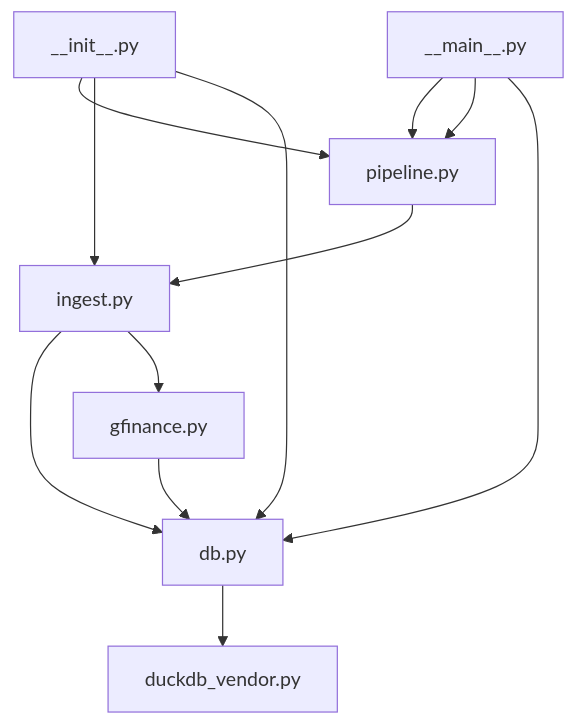
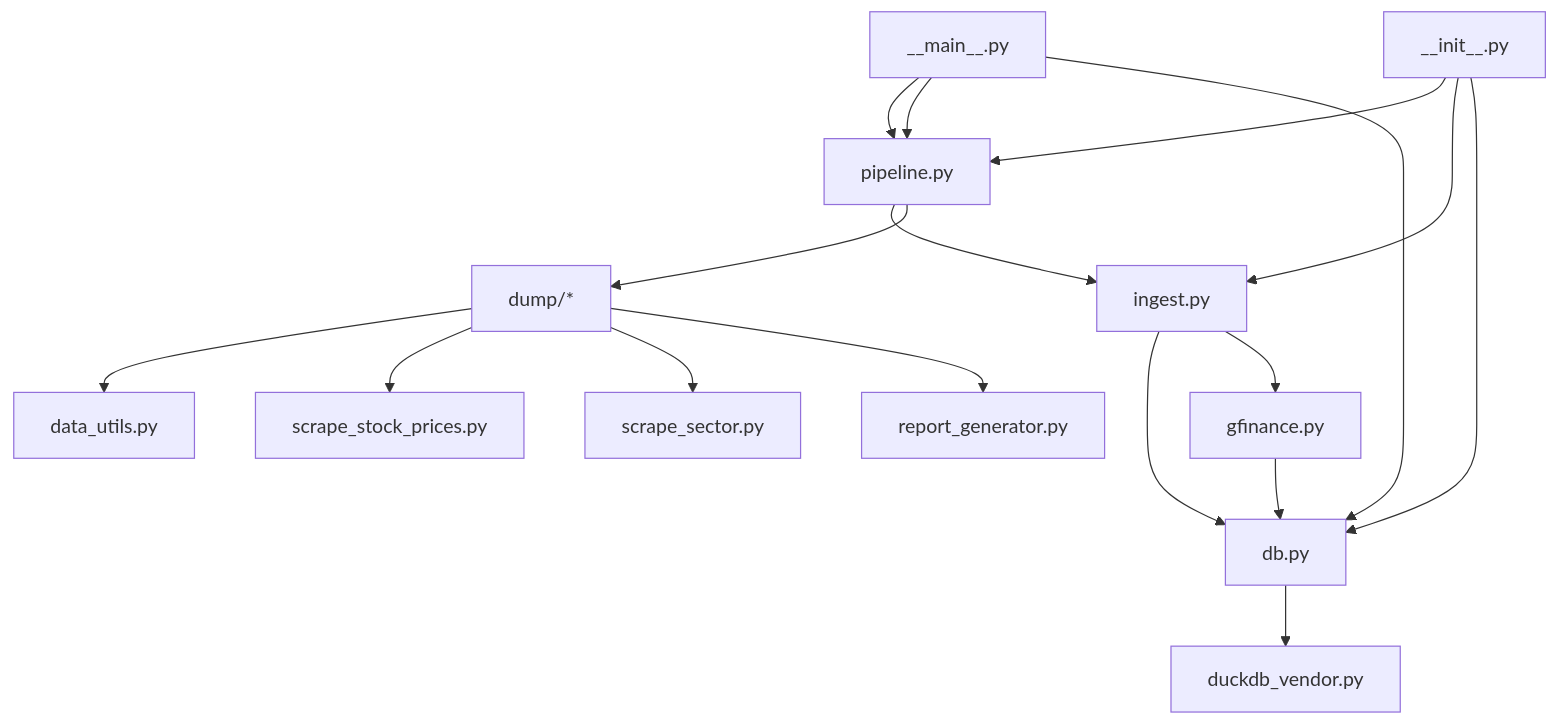
Diagram 12 of 12 in .qoder/repowiki/en/content/Core Components/Data Engineering Module/Data Engineering Module.md (ZengSeng/telegram-bot), drawn with Mermaid before and after one commit. The commit also changed other lines of this file and 14 other files, not shown here.

````diff
--- a/.qoder/repowiki/en/content/Core Components/Data Engineering Module/Data Engineering Module.md
+++ b/.qoder/repowiki/en/content/Core Components/Data Engineering Module/Data Engineering Module.md
@@ -672,14 +814,19 @@
 ```mermaid
 graph TB
 Main["__main__.py"] --> Pipeline["pipeline.py"]
 Pipeline --> Ingest["ingest.py"]
 Ingest --> DB["db.py"]
 Ingest --> GF["gfinance.py"]
 DB --> DuckDB["duckdb_vendor.py"]
+Pipeline --> Dump["dump/*"]
+Dump --> DataUtils["data_utils.py"]
+Dump --> ScrapePrices["scrape_stock_prices.py"]
+Dump --> ScrapeSector["scrape_sector.py"]
+Dump --> ReportGen["report_generator.py"]
 Init["__init__.py"] --> Pipeline
 Init --> Ingest
 Init --> DB
 Main --> Pipeline
 Main --> DB
 GF --> DB
 ```
````
